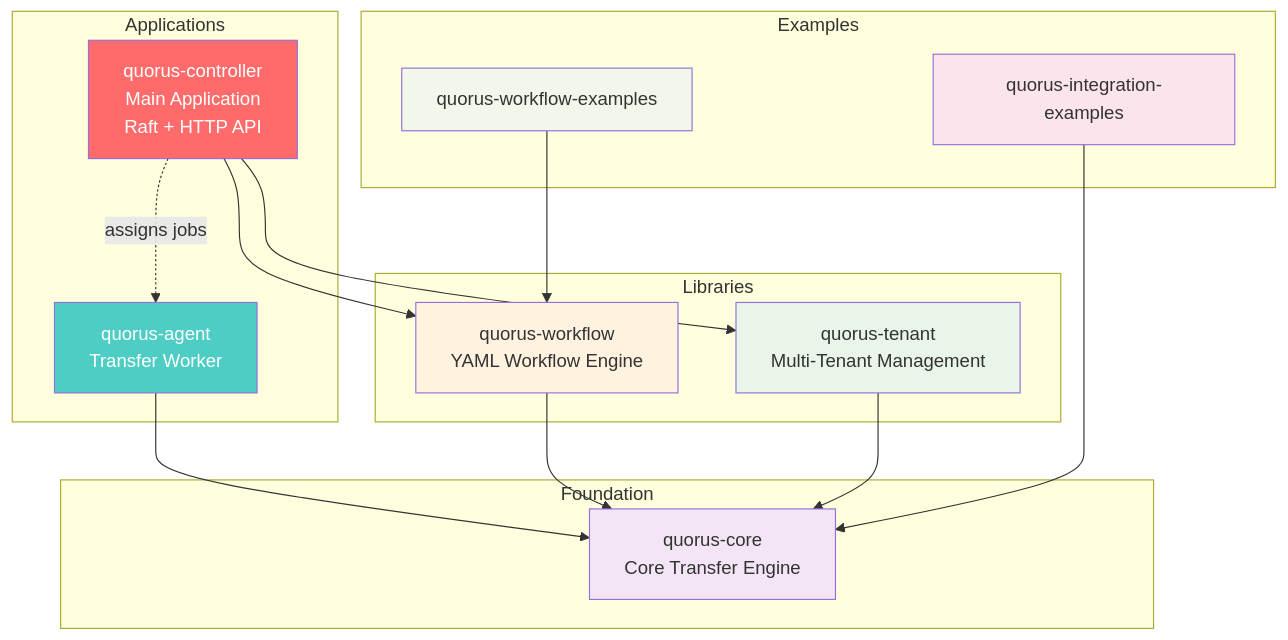
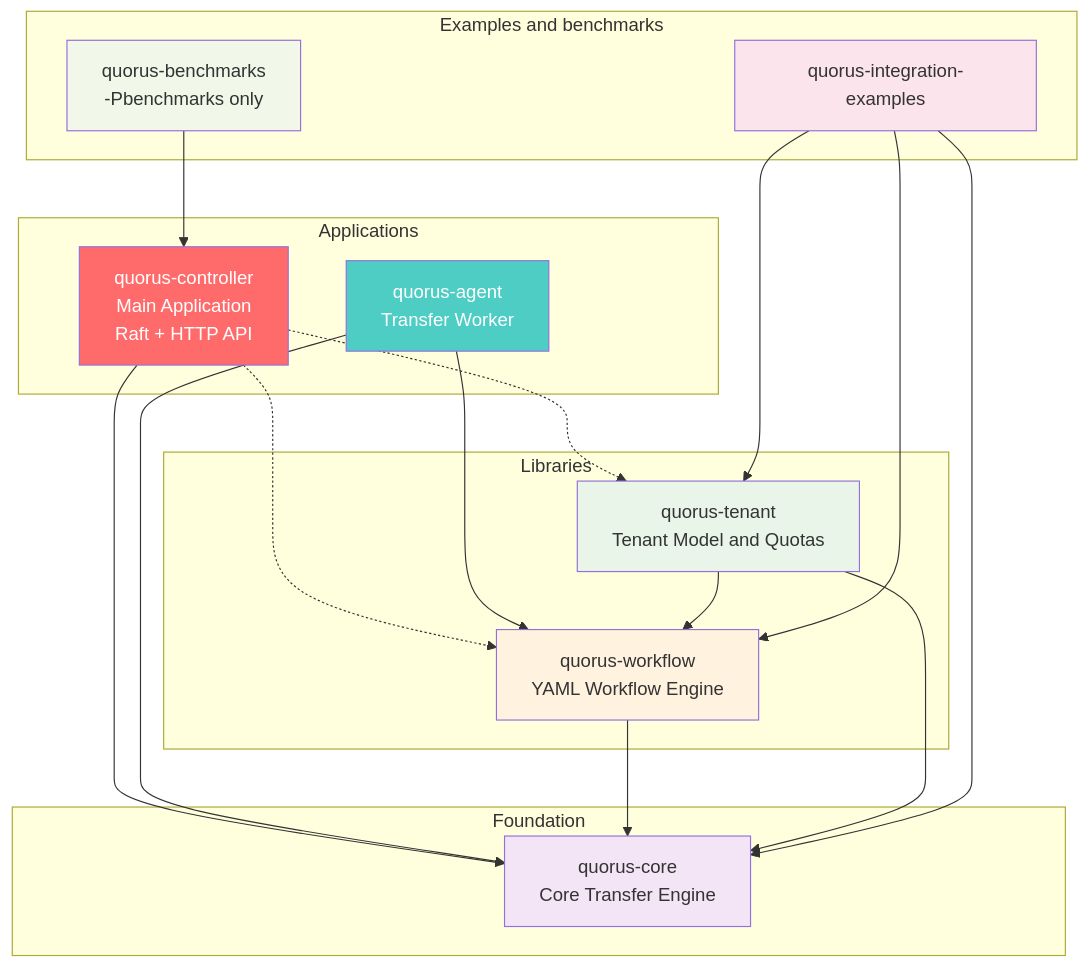
One commit to mraysmit/quorus changed the second of 11 diagrams in docs-design/design/QUORUS_SYSTEM_DESIGN.md. Above: the diagram before and after it, drawn with Mermaid. The commit also changed other lines of this file and 50 other files, not shown here.

````diff
--- a/docs-design/design/QUORUS_SYSTEM_DESIGN.md
+++ b/docs-design/design/QUORUS_SYSTEM_DESIGN.md
@@ -487,38 +422,42 @@
 ```mermaid
 graph TB
     subgraph "Applications"
         QCT[quorus-controller<br/>Main Application<br/>Raft + HTTP API]
         QAG[quorus-agent<br/>Transfer Worker]
     end
     
     subgraph "Libraries"
         QW[quorus-workflow<br/>YAML Workflow Engine]
-        QT[quorus-tenant<br/>Multi-Tenant Management]
+        QT[quorus-tenant<br/>Tenant Model and Quotas]
     end
     
     subgraph "Foundation"
         QC[quorus-core<br/>Core Transfer Engine]
     end
     
-    subgraph "Examples"
+    subgraph "Examples and benchmarks"
         QIE[quorus-integration-examples]
-        QWE[quorus-workflow-examples]
+        QB[quorus-benchmarks<br/>-Pbenchmarks only]
     end
     
-    QCT --> QW
-    QCT --> QT
-    QCT -.->|assigns jobs| QAG
+    QCT --> QC
+    QCT -.-> QW
+    QCT -.-> QT
     QAG --> QC
+    QAG --> QW
     QW --> QC
     QT --> QC
+    QT --> QW
     QIE --> QC
-    QWE --> QW
+    QIE --> QW
+    QIE --> QT
+    QB --> QCT
 
     style QCT fill:#ff6b6b,color:#fff
     style QAG fill:#4ecdc4,color:#fff
     style QW fill:#fff3e0
     style QT fill:#e8f5e8
     style QC fill:#f3e5f5
     style QIE fill:#fce4ec
-    style QWE fill:#f1f8e9
+    style QB fill:#f1f8e9
 ```
````
